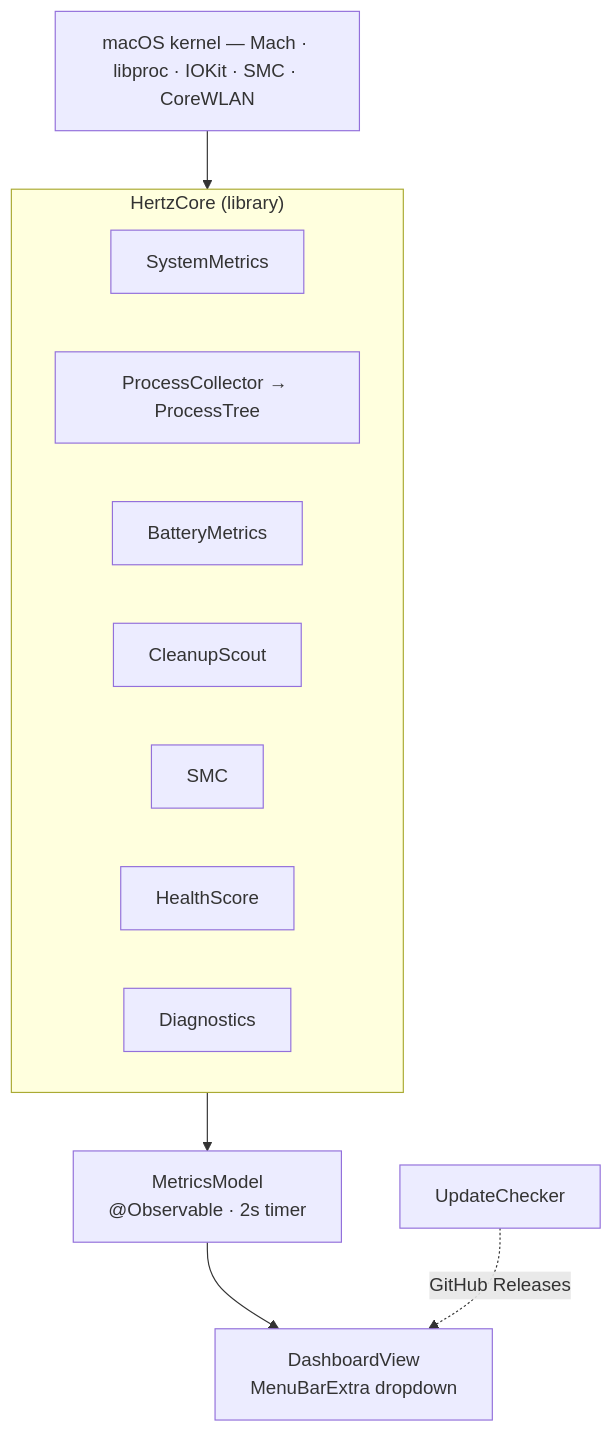
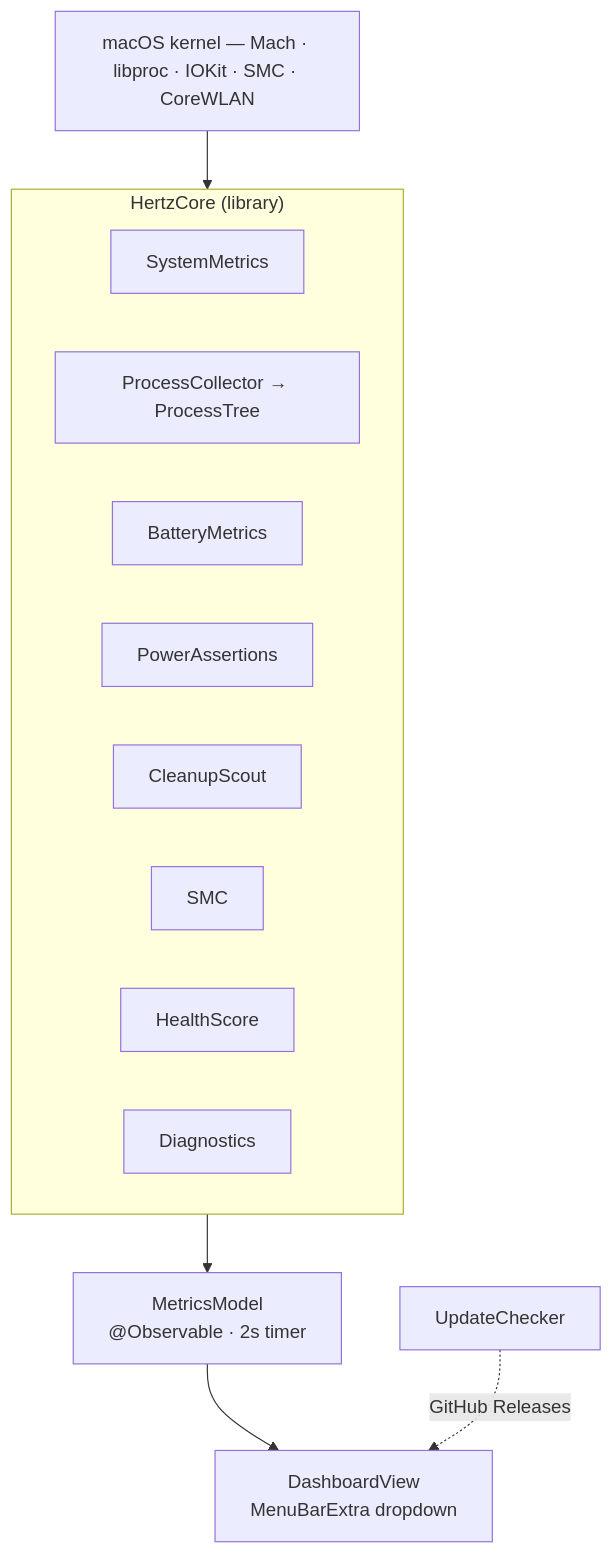
The second of 5 diagrams in ARCHITECTURE.md (openappshq/openapps), drawn with Mermaid before and after one commit. The commit also changed other lines of this file and 6 other files, not shown here.

````diff
--- a/ARCHITECTURE.md
+++ b/ARCHITECTURE.md
@@ -37,23 +37,24 @@
 ```mermaid
 flowchart TB
     kernel["macOS kernel — Mach · libproc · IOKit · SMC · CoreWLAN"]
 
     subgraph core["HertzCore (library)"]
         sys["SystemMetrics"]
         proc["ProcessCollector → ProcessTree"]
         bat["BatteryMetrics"]
+        power["PowerAssertions"]
         clean["CleanupScout"]
         smc["SMC"]
         health["HealthScore"]
         diag["Diagnostics"]
     end
 
     model["MetricsModel<br/>@Observable · 2s timer"]
     view["DashboardView<br/>MenuBarExtra dropdown"]
     upd["UpdateChecker"]
 
     kernel --> core
     core --> model
     model --> view
     upd -.->|GitHub Releases| view
 ```
````
